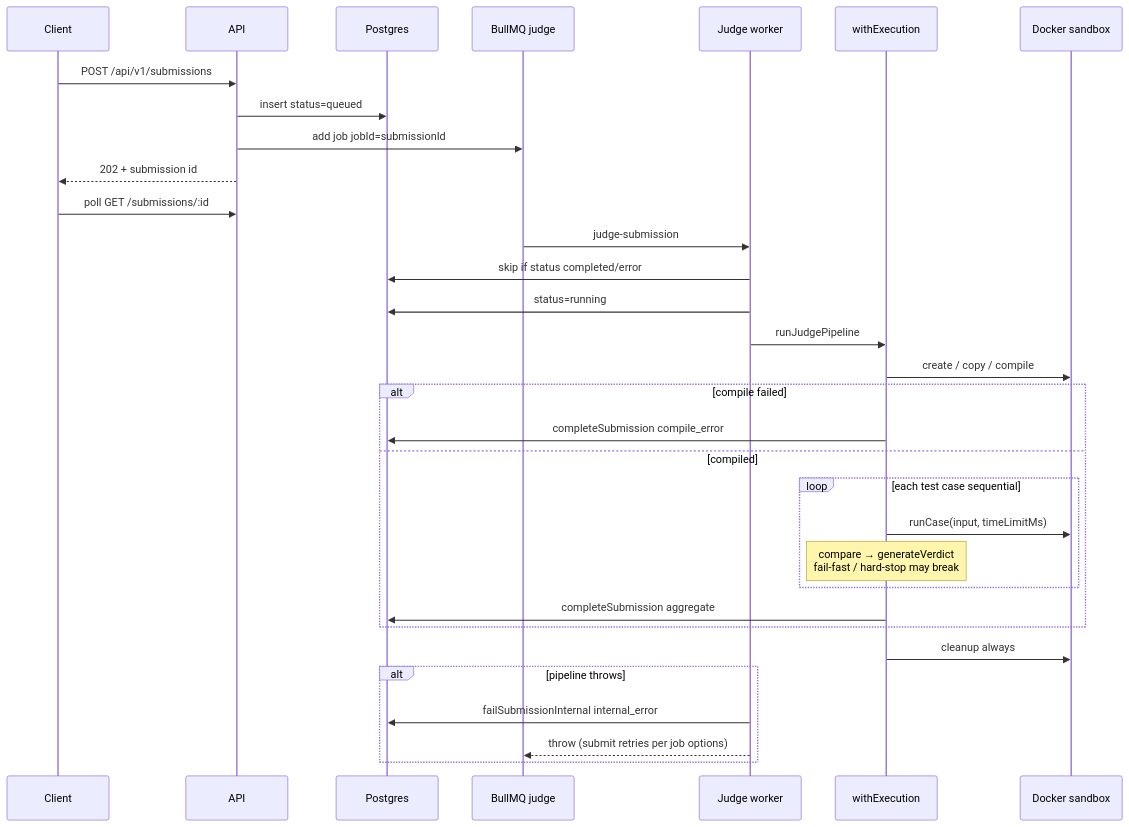
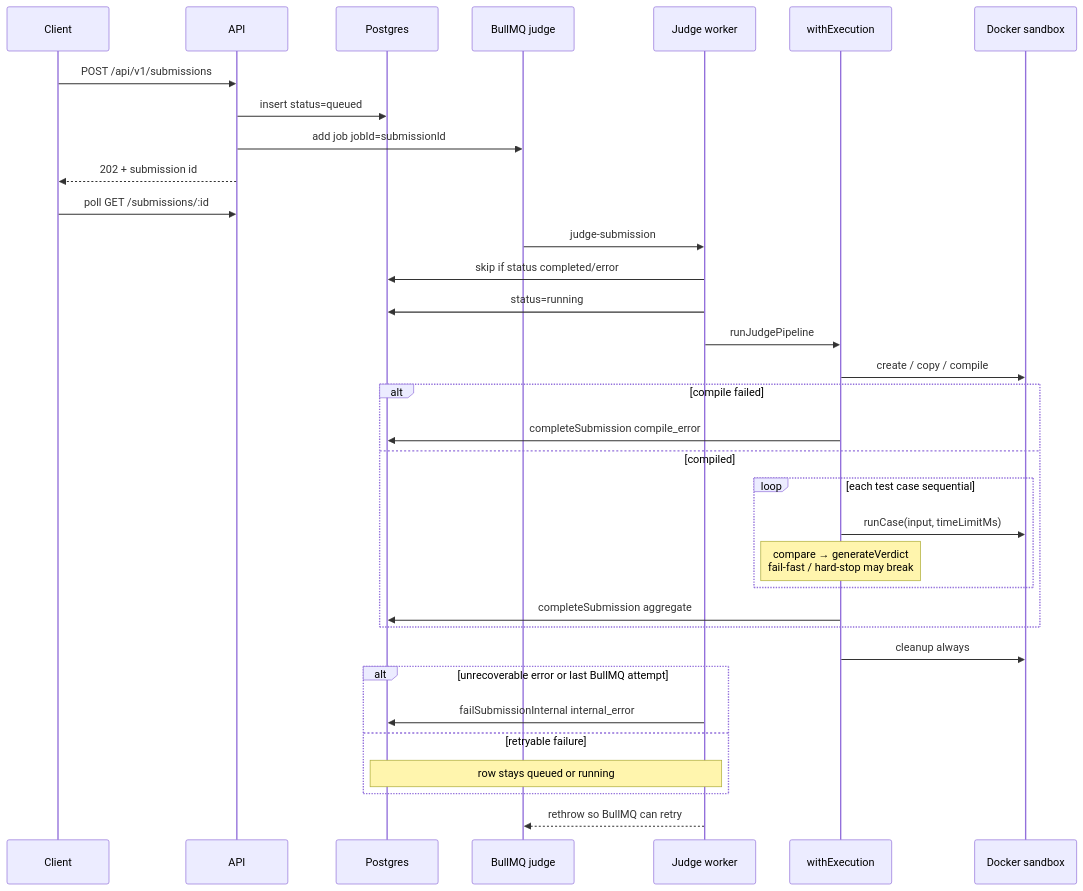
One commit to ReshwanthKudikala/JudgeX changed the fourth of 5 diagrams in README.md. Above: the diagram before and after it, drawn with Mermaid. The commit also changed other lines of this file, not shown here.

````diff
--- a/README.md
+++ b/README.md
@@ -480,35 +480,37 @@
 ```mermaid
 sequenceDiagram
   participant C as Client
   participant API as API
   participant PG as Postgres
   participant Q as BullMQ judge
   participant W as Judge worker
   participant X as withExecution
   participant D as Docker sandbox
 
   C->>API: POST /api/v1/submissions
   API->>PG: insert status=queued
   API->>Q: add job jobId=submissionId
   API-->>C: 202 + submission id
   C->>API: poll GET /submissions/:id
   Q->>W: judge-submission
   W->>PG: skip if status completed/error
   W->>PG: status=running
   W->>X: runJudgePipeline
   X->>D: create / copy / compile
   alt compile failed
     X->>PG: completeSubmission compile_error
   else compiled
     loop each test case sequential
       X->>D: runCase(input, timeLimitMs)
       Note over X: compare → generateVerdict<br/>fail-fast / hard-stop may break
     end
     X->>PG: completeSubmission aggregate
   end
   X->>D: cleanup always
-  alt pipeline throws
+  alt unrecoverable error or last BullMQ attempt
     W->>PG: failSubmissionInternal internal_error
-    W-->>Q: throw (submit retries per job options)
+  else retryable failure
+    Note over W,PG: row stays queued or running
   end
+  W-->>Q: rethrow so BullMQ can retry
 ```
````
